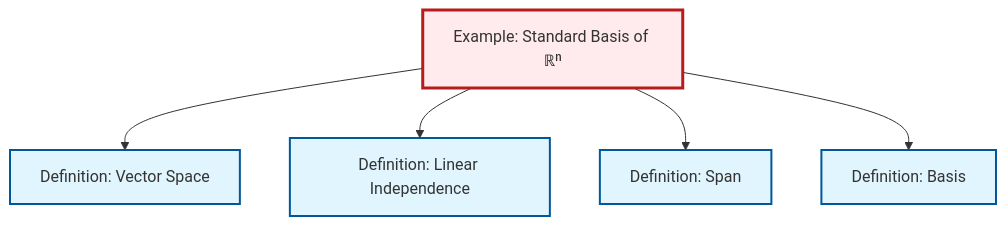
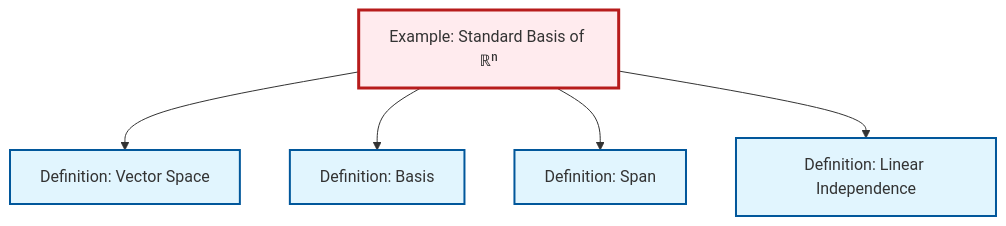
One commit to RK0429/ModernMath changed the diagram in content/ja/algebra/ex-standard-basis-rn.qmd. Above: the diagram before and after it, drawn with Mermaid. The commit also changed other lines of this file and 615 other files, not shown here.

````diff
--- a/content/ja/algebra/ex-standard-basis-rn.qmd
+++ b/content/ja/algebra/ex-standard-basis-rn.qmd
@@ -63,23 +63,23 @@
 ```{mermaid}
 %%| fig-cap: "Local dependency graph"
 graph TD
     classDef definition fill:#e1f5fe,stroke:#01579b,stroke-width:2px
     classDef theorem fill:#f3e5f5,stroke:#4a148c,stroke-width:2px
     classDef axiom fill:#fff3e0,stroke:#e65100,stroke-width:2px
     classDef example fill:#e8f5e9,stroke:#1b5e20,stroke-width:2px
     classDef current fill:#ffebee,stroke:#b71c1c,stroke-width:3px
-    def-linear-independence["Definition: Linear Independence"]:::definition
-    def-vector-space["Definition: Vector Space"]:::definition
     def-basis["Definition: Basis"]:::definition
     ex-standard-basis-rn["Example: Standard Basis of ℝⁿ"]:::example
     def-span["Definition: Span"]:::definition
+    def-linear-independence["Definition: Linear Independence"]:::definition
+    def-vector-space["Definition: Vector Space"]:::definition
     ex-standard-basis-rn --> def-vector-space
+    ex-standard-basis-rn --> def-basis
+    ex-standard-basis-rn --> def-span
     ex-standard-basis-rn --> def-linear-independence
-    ex-standard-basis-rn --> def-span
-    ex-standard-basis-rn --> def-basis
     class ex-standard-basis-rn current
+    click def-basis "def-basis.html" "Definition: Basisへ"
+    click def-span "def-span.html" "Definition: Spanへ"
     click def-linear-independence "def-linear-independence.html" "Definition: Linear Independenceへ"
     click def-vector-space "def-vector-space.html" "Definition: Vector Spaceへ"
-    click def-basis "def-basis.html" "Definition: Basisへ"
-    click def-span "def-span.html" "Definition: Spanへ"
 ```
````
